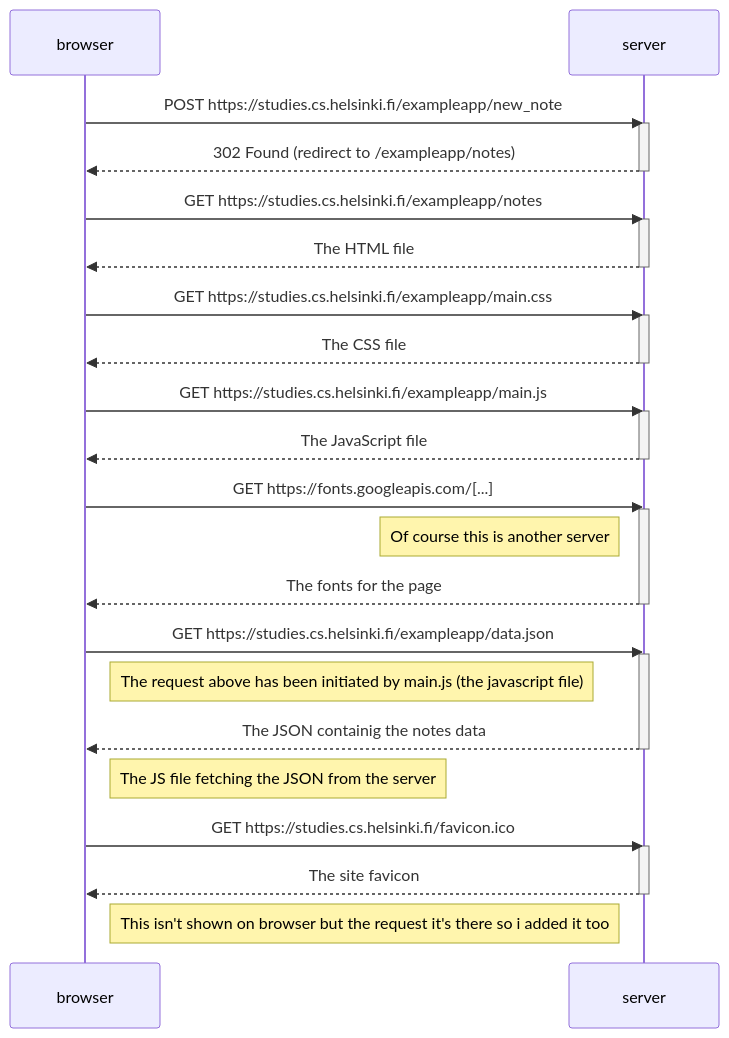
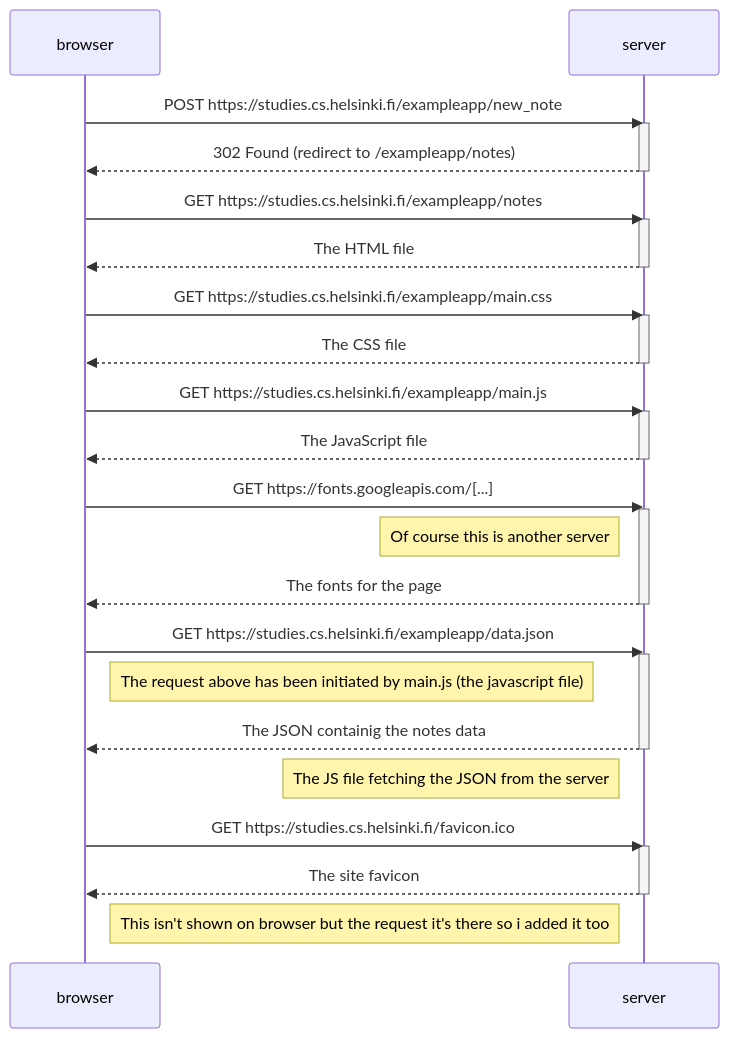
One commit to ololiuhqui/fullstackopen-javascript-course-exercises changed the diagram in part0/0.4-new-note-diagram.md. Above: the diagram before and after it, drawn with Mermaid. The commit also changed other lines of this file, not shown here.

Commit message:
changed note position

````diff
--- a/part0/0.4-new-note-diagram.md
+++ b/part0/0.4-new-note-diagram.md
@@ -3,49 +1,49 @@
 ```mermaid
 
 sequenceDiagram
 participant browser
 participant server
 
 browser->>server: POST https://studies.cs.helsinki.fi/exampleapp/new_note
 activate server
 server-->>browser: 302 Found (redirect to /exampleapp/notes)
 deactivate server
 
 browser->>server: GET https://studies.cs.helsinki.fi/exampleapp/notes
 activate server
 server-->>browser: The HTML file
 deactivate server
 
 browser->>server: GET https://studies.cs.helsinki.fi/exampleapp/main.css
 activate server
 server-->>browser: The CSS file
 deactivate server
 
 browser->>server: GET https://studies.cs.helsinki.fi/exampleapp/main.js
 activate server
 server-->>browser: The JavaScript file
 deactivate server
 
 browser->>server: GET https://fonts.googleapis.com/[...]
 activate server
 note left of server: Of course this is another server
 server-->>browser: The fonts for the page
 deactivate server
 
 browser->>server: GET https://studies.cs.helsinki.fi/exampleapp/data.json
 activate server
 note right of browser: The request above has been initiated by main.js (the javascript file)
 server-->>browser: The JSON containig the notes data
 deactivate server
 
-note right of browser: The JS file fetching the JSON from the server
+note left of server: The JS file fetching the JSON from the server
 
 browser->>server: GET https://studies.cs.helsinki.fi/favicon.ico
 activate server
 server-->>browser: The site favicon
 deactivate server
 
 note right of browser: This isn't shown on browser but the request it's there so i added it too
 
 
 ```
````
